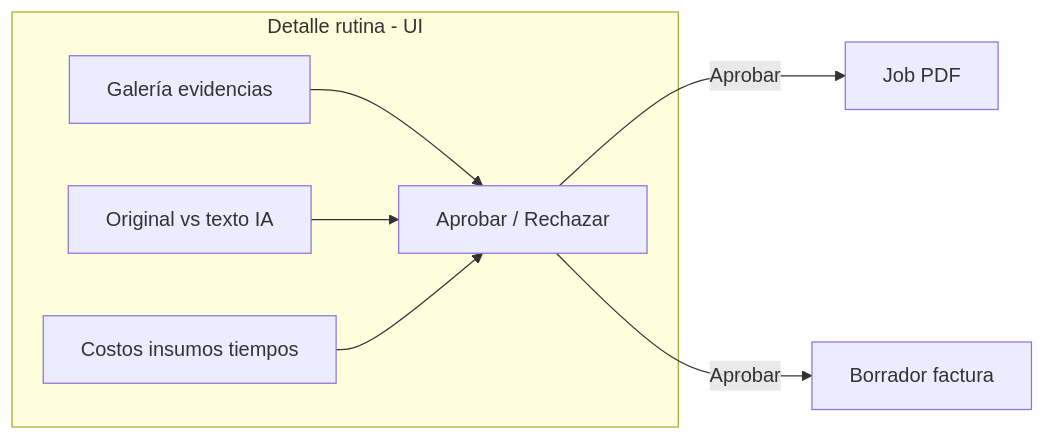
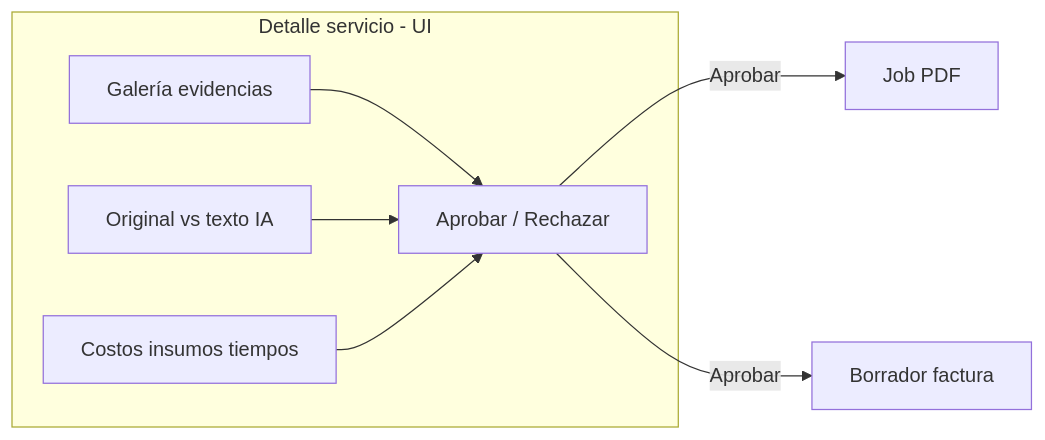
Before and after one commit to Adrian247/noah: the second of 2 diagrams in openspec/diagrams/validation-billing-flow.md, drawn with Mermaid. The commit also changed 279 other files, not shown here.

````diff
--- a/openspec/diagrams/validation-billing-flow.md
+++ b/openspec/diagrams/validation-billing-flow.md
@@ -20,15 +20,15 @@
 ```mermaid
 flowchart LR
-  subgraph pantalla [Detalle rutina - UI]
+  subgraph pantalla [Detalle servicio - UI]
     GAL[Galería evidencias]
     TXT[Original vs texto IA]
     CST[Costos insumos tiempos]
     BTN[Aprobar / Rechazar]
   end
 
   GAL --> BTN
   TXT --> BTN
   CST --> BTN
   BTN -->|Aprobar| PDF[Job PDF]
   BTN -->|Aprobar| INV[Borrador factura]
 ```
````
